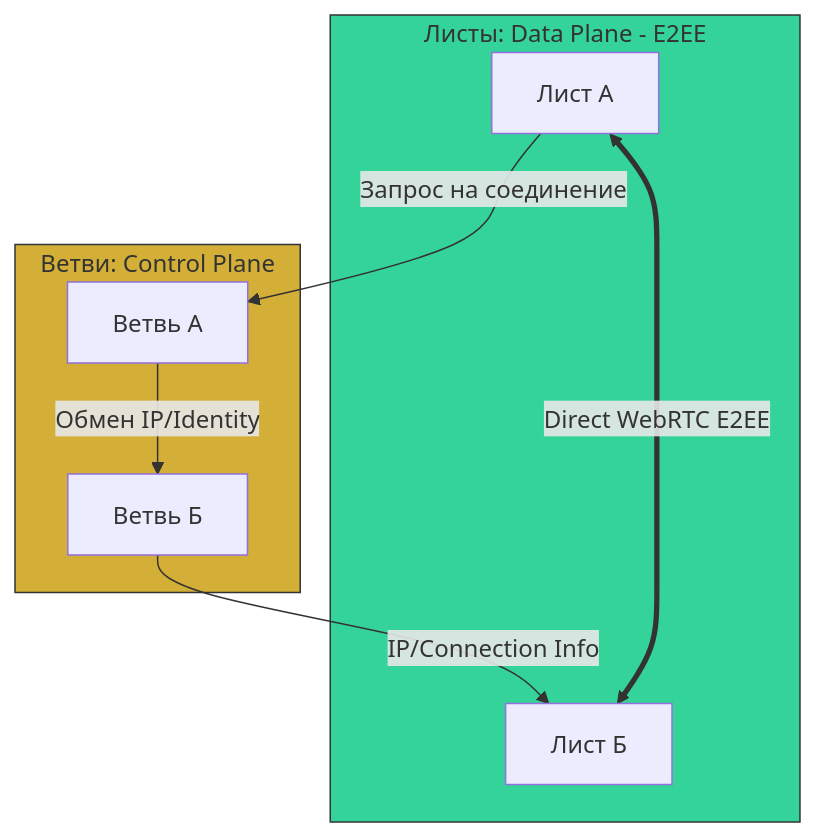
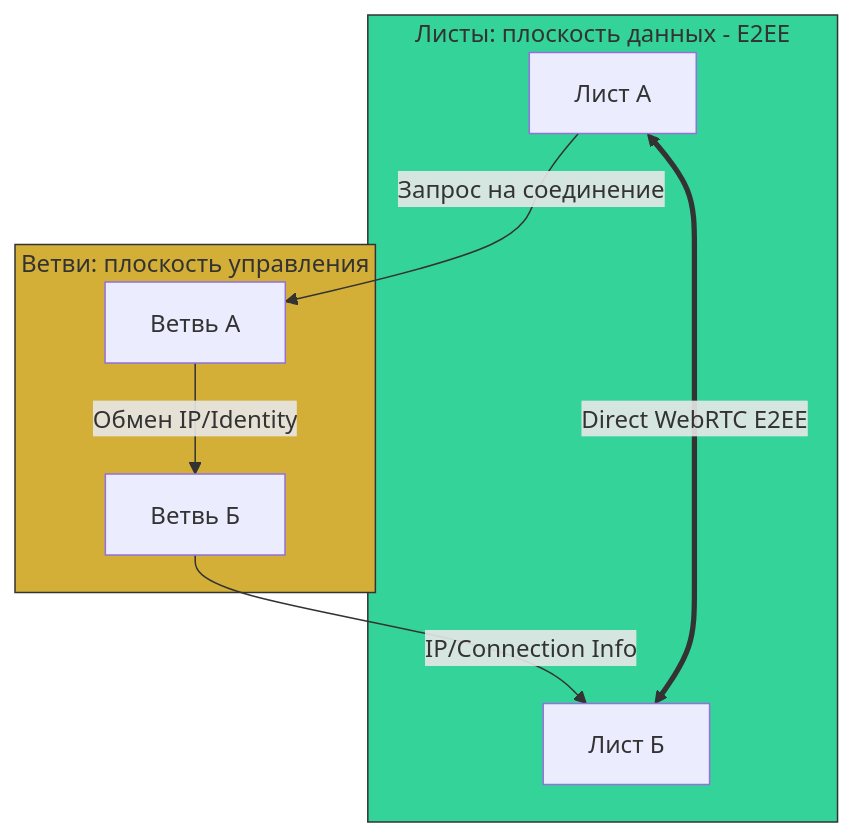
One commit to Data-Independence-Network/presentations changed diagram 45 of 53 in shared_docs/Технический документ платформы Турбаза.md. Above: the diagram before and after it, drawn with Mermaid. The commit also changed other lines of this file and 8 other files, not shown here.

````diff
--- a/shared_docs/Технический документ платформы Турбаза.md
+++ b/shared_docs/Технический документ платформы Турбаза.md
@@ -1408,21 +1412,21 @@
 ```mermaid
 graph TD
-    subgraph Identity_Broker [Ветви: Control Plane]
+    subgraph Identity_Broker [Ветви: плоскость управления]
         BranchA[Ветвь А]
         BranchB[Ветвь Б]
     end
     
-    subgraph P2P_Chat [Листы: Data Plane - E2EE]
+    subgraph P2P_Chat [Листы: плоскость данных - E2EE]
         LeafA[Лист А]
         LeafB[Лист Б]
     end
     
     LeafA -- "Запрос на соединение" --> BranchA
     BranchA -- "Обмен IP/Identity" --> BranchB
     BranchB -->|IP/Connection Info| LeafB
     
     LeafA <==>|Direct WebRTC E2EE| LeafB
     
     style P2P_Chat fill:#34D399,stroke:#333
     style Identity_Broker fill:#D4AF37,stroke:#333
 ```
````
